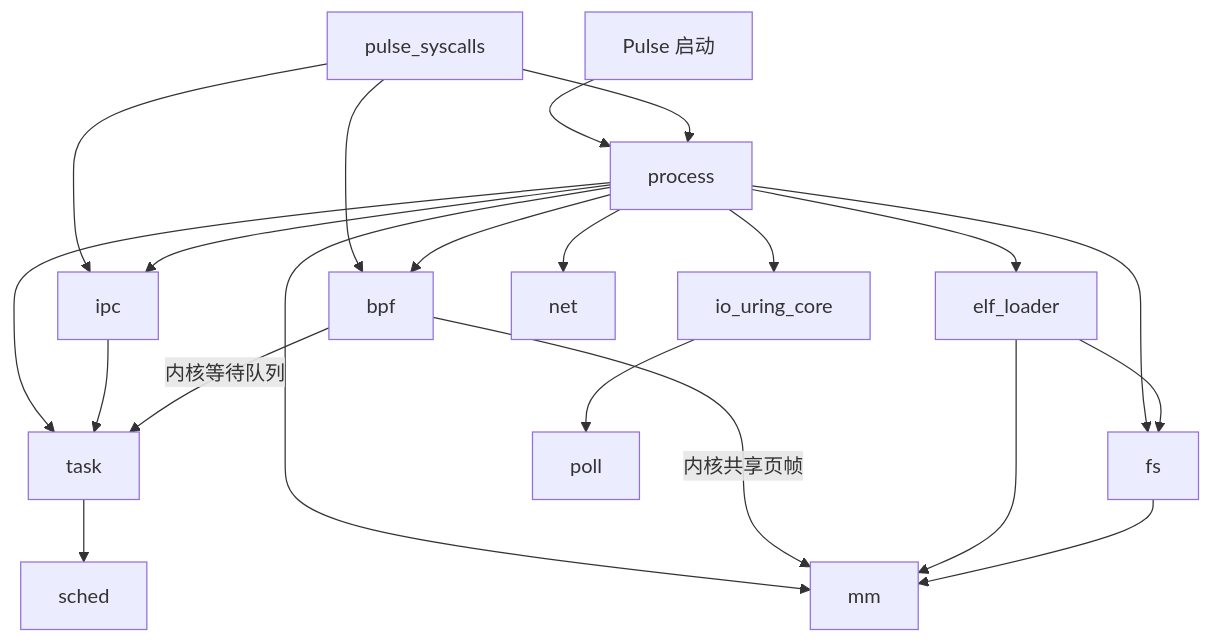
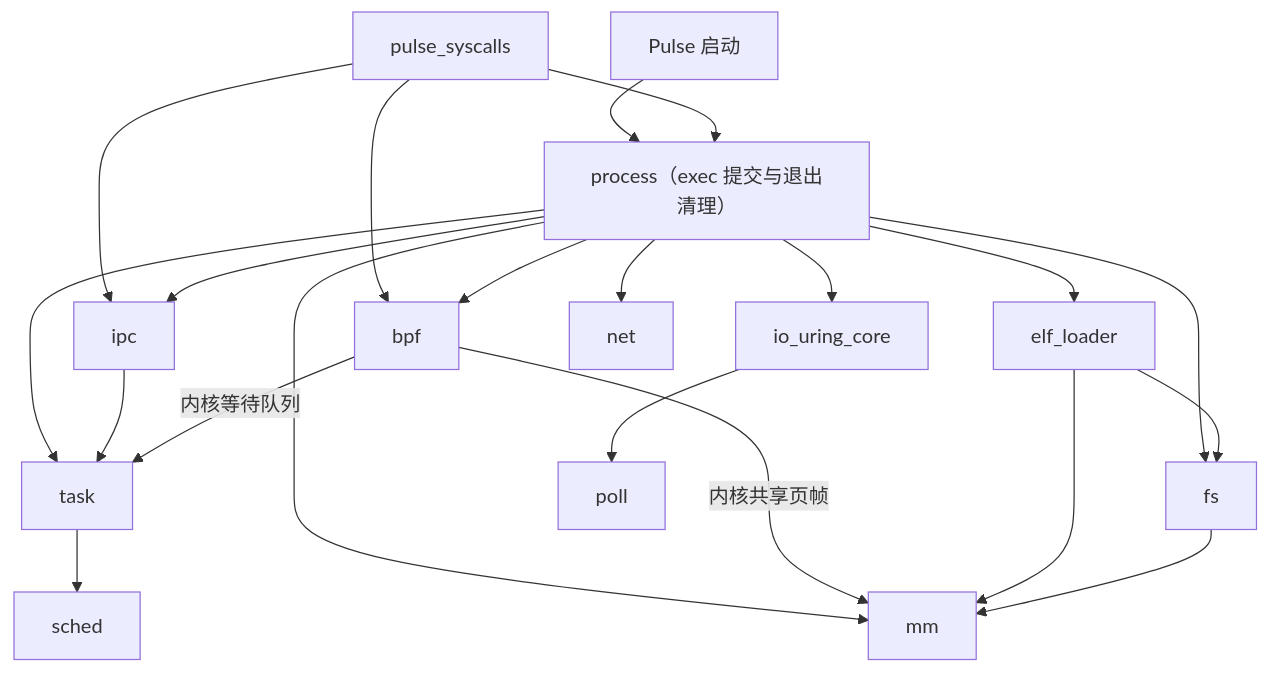
The diagram in docs/adr/0009-module-names-and-ownership.md (muou000/PulseOS), drawn with Mermaid before and after one commit. The commit also changed other lines of this file, not shown here.

````diff
--- a/docs/adr/0009-module-names-and-ownership.md
+++ b/docs/adr/0009-module-names-and-ownership.md
@@ -80,23 +80,23 @@
 ```mermaid
 flowchart TD
-    boot[Pulse 启动] --> process
+    boot[Pulse 启动] --> process["process（exec 提交与退出清理）"]
     sys[pulse_syscalls] --> process
     sys --> ipc
     sys --> bpf
     process --> ipc
     process --> bpf
     process --> elf_loader
     process --> io_uring_core
     process --> net
     process --> task
     process --> fs
     process --> mm
     ipc --> task
     bpf -->|内核等待队列| task
     bpf -->|内核共享页帧| mm
     elf_loader --> fs
     elf_loader --> mm
     fs --> mm
     task --> sched
     io_uring_core --> poll
 ```
````
